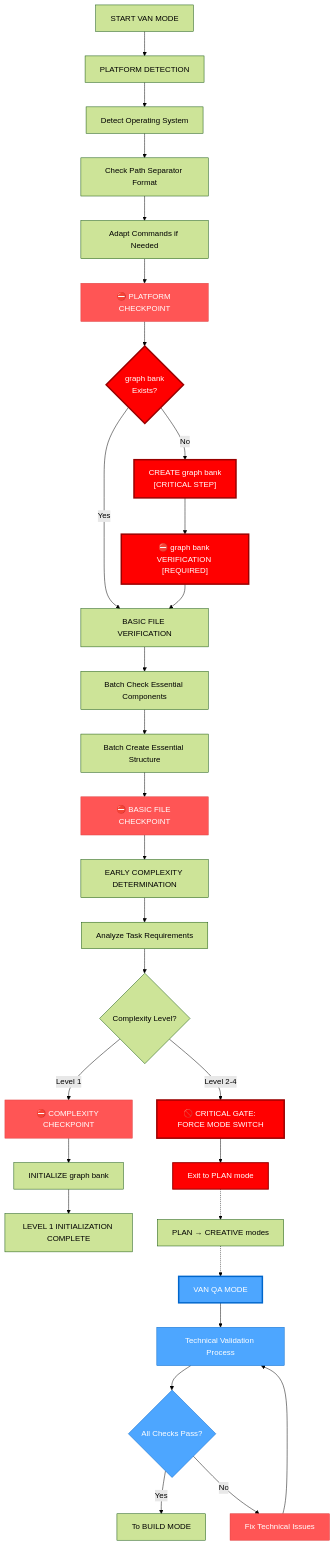
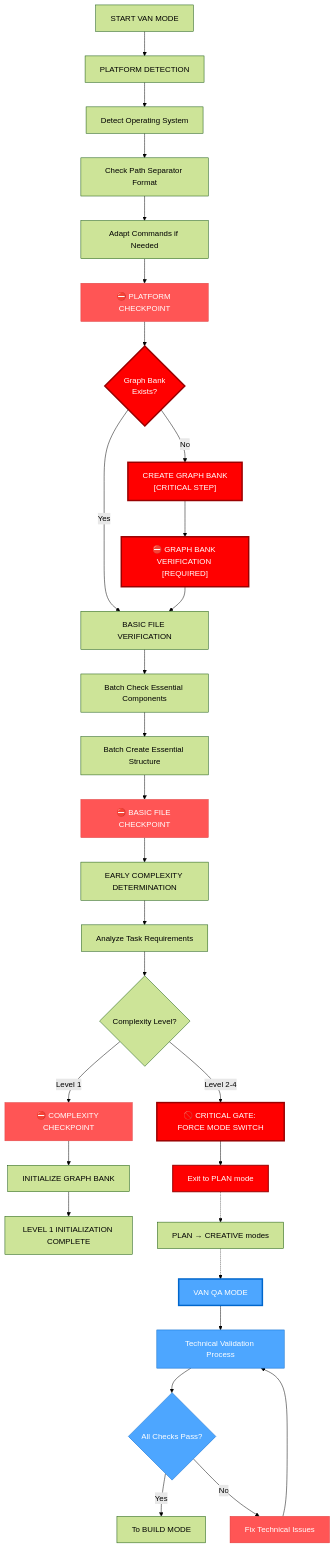
One commit to 7Spade/cursor-memory-bank changed the first of 13 diagrams in .cursor/rules/isolation_rules/visual-maps/van_mode_split/van-mode-map.mdc. Above: the diagram before and after it, drawn with Mermaid (forest theme). The commit also changed other lines of this file and 37 other files, not shown here.

Commit message:
refactor: Standardize terminology from "Memory Bank" to "Graph Bank" across all files, ensuring consistency in documentation and improving clarity in the system's architecture and processes

````diff
--- a/.cursor/rules/isolation_rules/visual-maps/van_mode_split/van-mode-map.mdc
+++ b/.cursor/rules/isolation_rules/visual-maps/van_mode_split/van-mode-map.mdc
@@ -15,57 +15,57 @@
 ```mermaid
 graph TD
     Start["START VAN MODE"] --> PlatformDetect["PLATFORM DETECTION"]
     PlatformDetect --> DetectOS["Detect Operating System"]
     DetectOS --> CheckPath["Check Path Separator Format"]
     CheckPath --> AdaptCmds["Adapt Commands if Needed"]
     AdaptCmds --> PlatformCP["⛔ PLATFORM CHECKPOINT"]
     
-    %% Add Critical graph bank Checkpoint
-    PlatformCP --> MemoryBankCheck{"graph bank<br>Exists?"}
-    MemoryBankCheck -->|"No"| CreateMemoryBank["CREATE graph bank<br>[CRITICAL STEP]"]
-    MemoryBankCheck -->|"Yes"| BasicFileVerify["BASIC FILE VERIFICATION"]
-    CreateMemoryBank --> MemoryBankCP["⛔ graph bank VERIFICATION [REQUIRED]"]
-    MemoryBankCP --> BasicFileVerify
+    %% Add Critical Graph Bank Checkpoint
+    PlatformCP --> GraphBankCheck{"Graph Bank<br>Exists?"}
+    GraphBankCheck -->|"No"| CreateGraphBank["CREATE GRAPH BANK<br>[CRITICAL STEP]"]
+    GraphBankCheck -->|"Yes"| BasicFileVerify["BASIC FILE VERIFICATION"]
+    CreateGraphBank --> GraphBankCP["⛔ GRAPH BANK VERIFICATION [REQUIRED]"]
+    GraphBankCP --> BasicFileVerify
     
     %% Basic File Verification with checkpoint
     BasicFileVerify --> BatchCheck["Batch Check Essential Components"]
     BatchCheck --> BatchCreate["Batch Create Essential Structure"]
     BatchCreate --> BasicFileCP["⛔ BASIC FILE CHECKPOINT"]
     
     %% Early Complexity Determination
     BasicFileCP --> EarlyComplexity["EARLY COMPLEXITY DETERMINATION"]
     EarlyComplexity --> AnalyzeTask["Analyze Task Requirements"]
     AnalyzeTask --> EarlyLevelCheck{"Complexity Level?"}
     
     %% Level handling paths
     EarlyLevelCheck -->|"Level 1"| ComplexityCP["⛔ COMPLEXITY CHECKPOINT"]
     EarlyLevelCheck -->|"Level 2-4"| CRITICALGATE["🚫 CRITICAL GATE: FORCE MODE SWITCH"]
     CRITICALGATE --> ForceExit["Exit to PLAN mode"]
     
     %% Level 1 continues normally
-    ComplexityCP --> InitSystem["INITIALIZE graph bank"]
+    ComplexityCP --> InitSystem["INITIALIZE GRAPH BANK"]
     InitSystem --> Complete1["LEVEL 1 INITIALIZATION COMPLETE"]
     
     %% For Level 2+ tasks after PLAN and CREATIVE modes
     ForceExit -.-> OtherModes["PLAN → CREATIVE modes"]
     OtherModes -.-> VANQA["VAN QA MODE"]
     VANQA --> QAProcess["Technical Validation Process"]
     QAProcess --> QACheck{"All Checks Pass?"}
     QACheck -->|"Yes"| BUILD["To BUILD MODE"]
     QACheck -->|"No"| FixIssues["Fix Technical Issues"]
     FixIssues --> QAProcess
     
     %% Style nodes
     style PlatformCP fill:#f55,stroke:#d44,color:white
-    style MemoryBankCP fill:#ff0000,stroke:#990000,color:white,stroke-width:3px
-    style MemoryBankCheck fill:#ff0000,stroke:#990000,color:white,stroke-width:3px
-    style CreateMemoryBank fill:#ff0000,stroke:#990000,color:white,stroke-width:3px
+    style GraphBankCP fill:#ff0000,stroke:#990000,color:white,stroke-width:3px
+    style GraphBankCheck fill:#ff0000,stroke:#990000,color:white,stroke-width:3px
+    style CreateGraphBank fill:#ff0000,stroke:#990000,color:white,stroke-width:3px
     style BasicFileCP fill:#f55,stroke:#d44,color:white
     style ComplexityCP fill:#f55,stroke:#d44,color:white
     style CRITICALGATE fill:#ff0000,stroke:#990000,color:white,stroke-width:3px
     style ForceExit fill:#ff0000,stroke:#990000,color:white,stroke-width:2px
     style VANQA fill:#4da6ff,stroke:#0066cc,color:white,stroke-width:3px
     style QAProcess fill:#4da6ff,stroke:#0066cc,color:white
     style QACheck fill:#4da6ff,stroke:#0066cc,color:white
     style FixIssues fill:#ff5555,stroke:#dd3333,color:white
 ```
````
